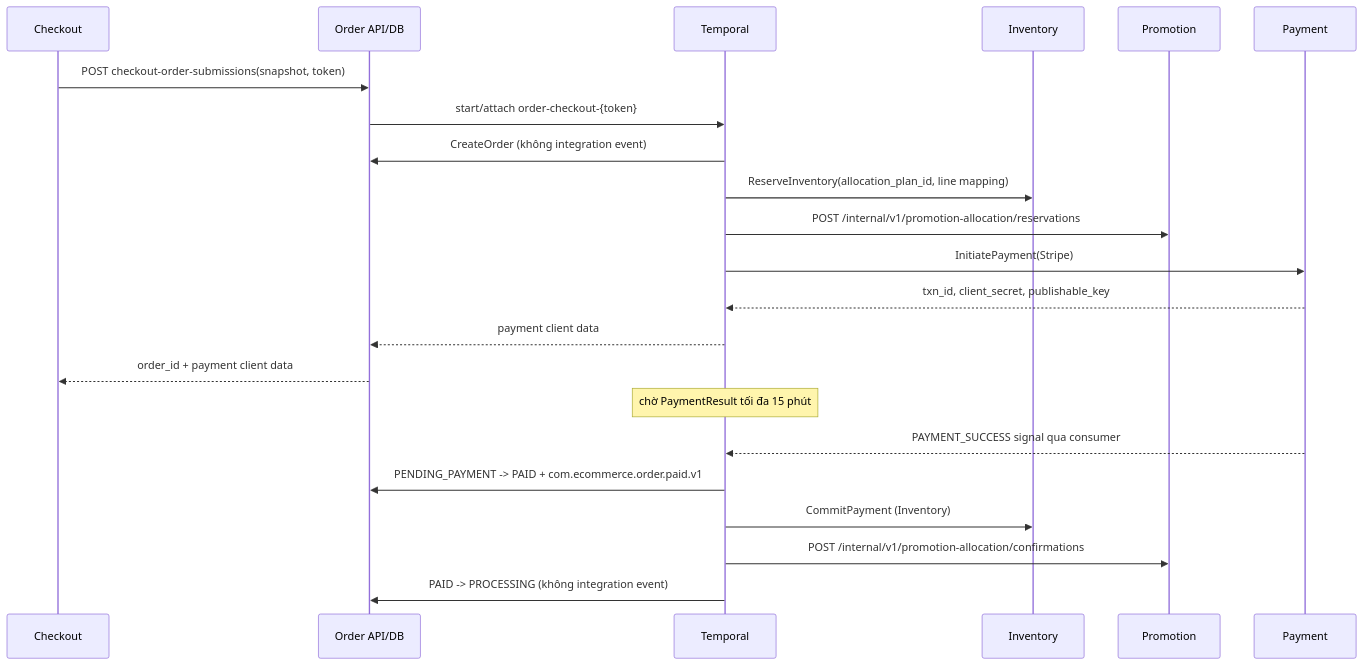
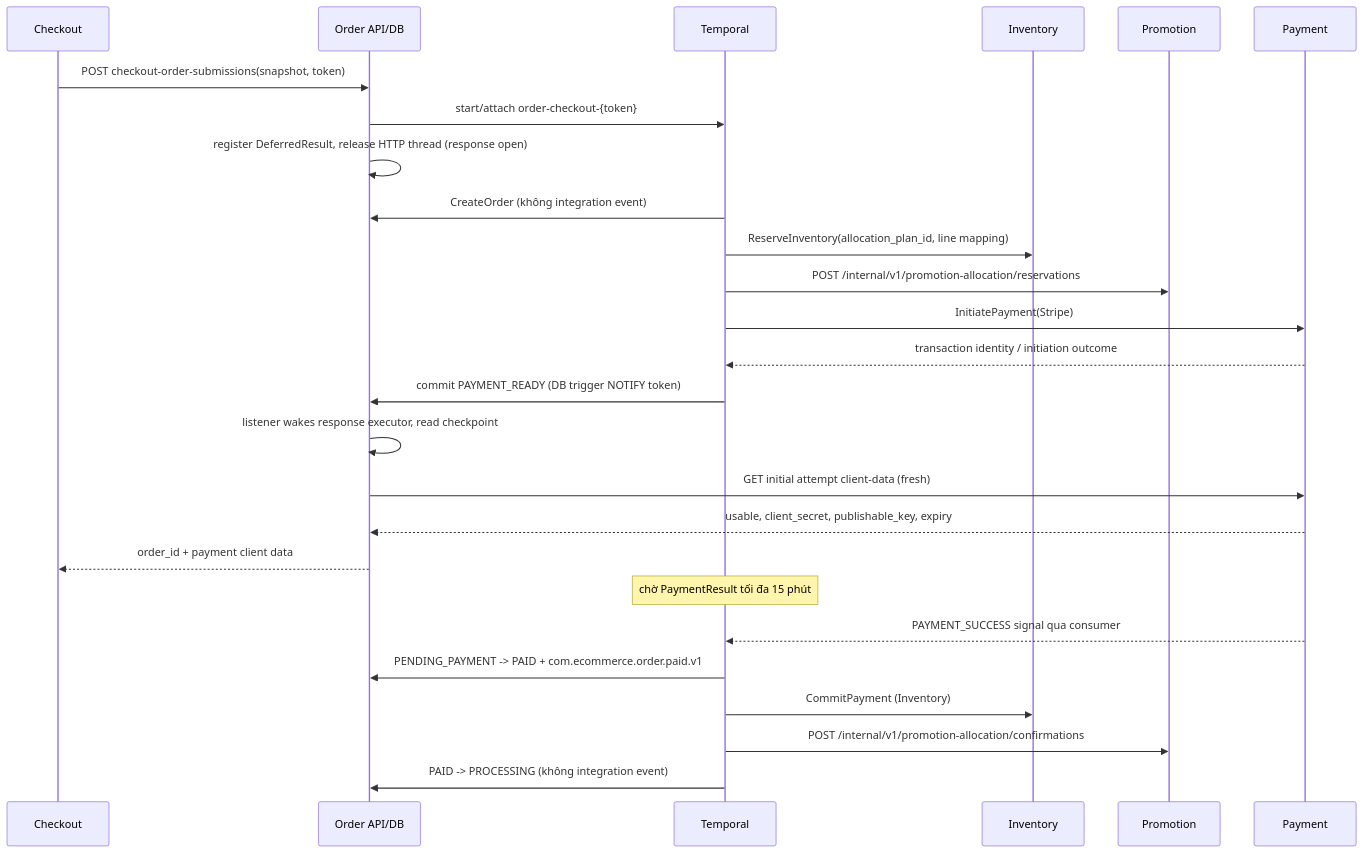
Before and after one commit to quangdung2110/e-commerce-microservices: the first of 2 diagrams in docs/order/workflows.md, drawn with Mermaid. The commit also changed other lines of this file and 35 other files, not shown here.

````diff
--- a/docs/order/workflows.md
+++ b/docs/order/workflows.md
@@ -158,24 +158,28 @@
 ```mermaid
 sequenceDiagram
   participant C as Checkout
   participant O as Order API/DB
   participant T as Temporal
   participant I as Inventory
   participant P as Promotion
   participant Y as Payment
   C->>O: POST checkout-order-submissions(snapshot, token)
   O->>T: start/attach order-checkout-{token}
+  O->>O: register DeferredResult, release HTTP thread (response open)
   T->>O: CreateOrder (không integration event)
   T->>I: ReserveInventory(allocation_plan_id, line mapping)
   T->>P: POST /internal/v1/promotion-allocation/reservations
   T->>Y: InitiatePayment(Stripe)
-  Y-->>T: txn_id, client_secret, publishable_key
-  T-->>O: payment client data
+  Y-->>T: transaction identity / initiation outcome
+  T->>O: commit PAYMENT_READY (DB trigger NOTIFY token)
+  O->>O: listener wakes response executor, read checkpoint
+  O->>Y: GET initial attempt client-data (fresh)
+  Y-->>O: usable, client_secret, publishable_key, expiry
   O-->>C: order_id + payment client data
   Note over T: chờ PaymentResult tối đa 15 phút
   Y-->>T: PAYMENT_SUCCESS signal qua consumer
   T->>O: PENDING_PAYMENT -> PAID + com.ecommerce.order.paid.v1
   T->>I: CommitPayment (Inventory)
   T->>P: POST /internal/v1/promotion-allocation/confirmations
   T->>O: PAID -> PROCESSING (không integration event)
 ```
````
